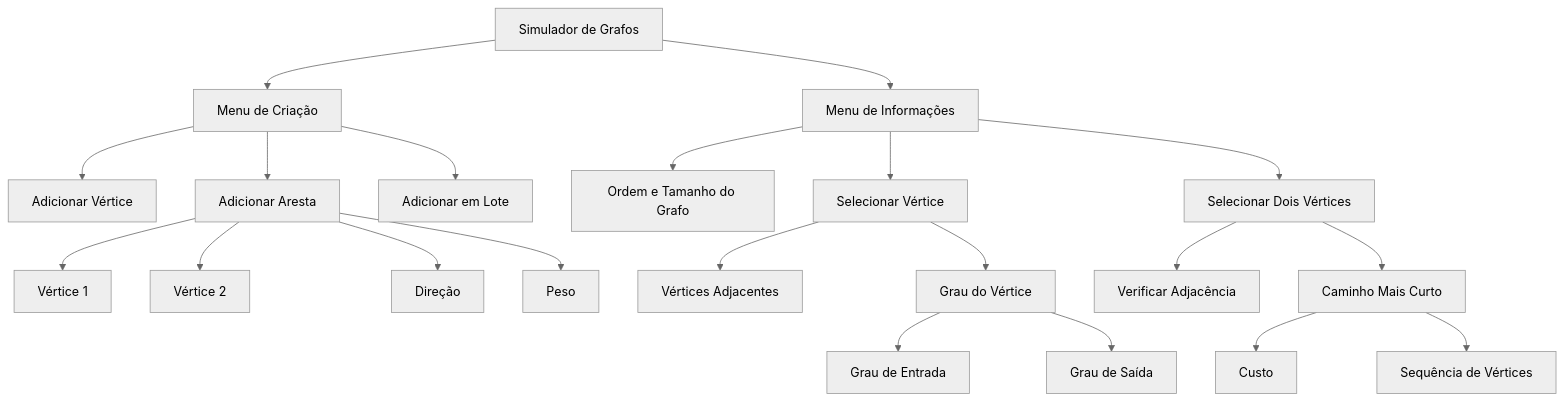
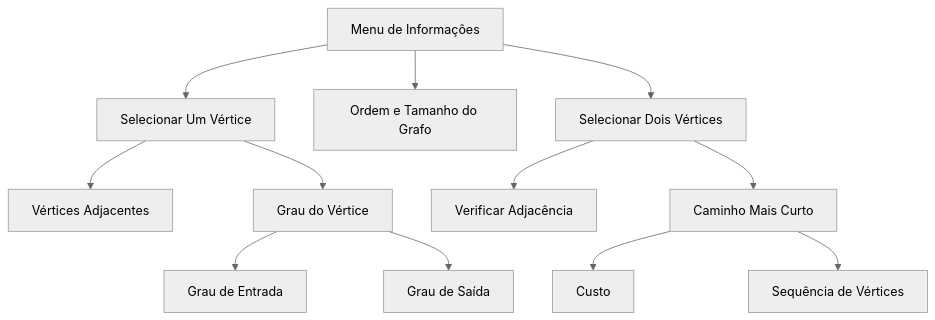
One commit to pedro-coelho-dr/graph-app changed the second of 2 diagrams in README.md. Above: the diagram before and after it, drawn with Mermaid (neutral theme).

Commit message:
modified:   README.md

````diff
--- a/README.md
+++ b/README.md
@@ -50,29 +67,17 @@
 ```mermaid
 graph TD
-    A[Simulador de Grafos]
-    A --> B[Menu de Criação]
-    A --> C[Menu de Informações]
-
-    B --> B1[Adicionar Vértice]
-    B --> B2[Adicionar Aresta]
-    B --> B3[Adicionar em Lote]
-
+    C[Menu de Informações]
+    C --> C2[Selecionar Um Vértice]
     C --> C1[Ordem e Tamanho do Grafo]
-    C --> C2[Selecionar Vértice]
     C --> C3[Selecionar Dois Vértices]
-
-    B2 --> B2A[Vértice 1]
-    B2 --> B2B[Vértice 2]
-    B2 --> B2C[Direção]
-    B2 --> B2D[Peso]
 
     C2 --> C2A[Vértices Adjacentes]
     C2 --> C2B[Grau do Vértice]
     C2B --> C2B1[Grau de Entrada]
     C2B --> C2B2[Grau de Saída]
 
     C3 --> C3A[Verificar Adjacência]
     C3 --> C3B[Caminho Mais Curto]
     C3B --> C3B1[Custo]
     C3B --> C3B2[Sequência de Vértices]
 ```
````
